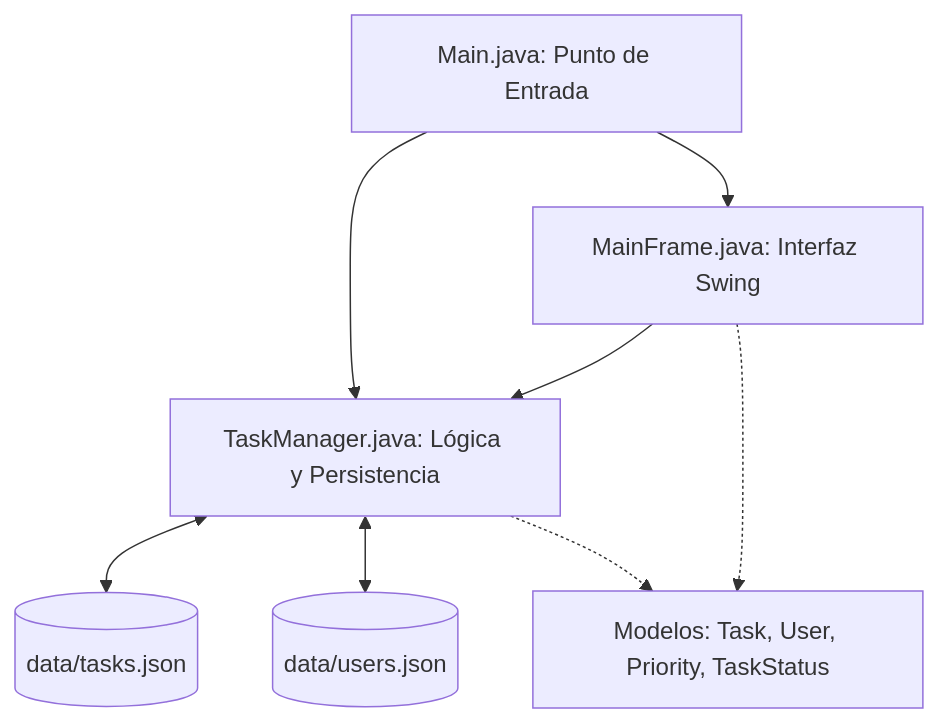
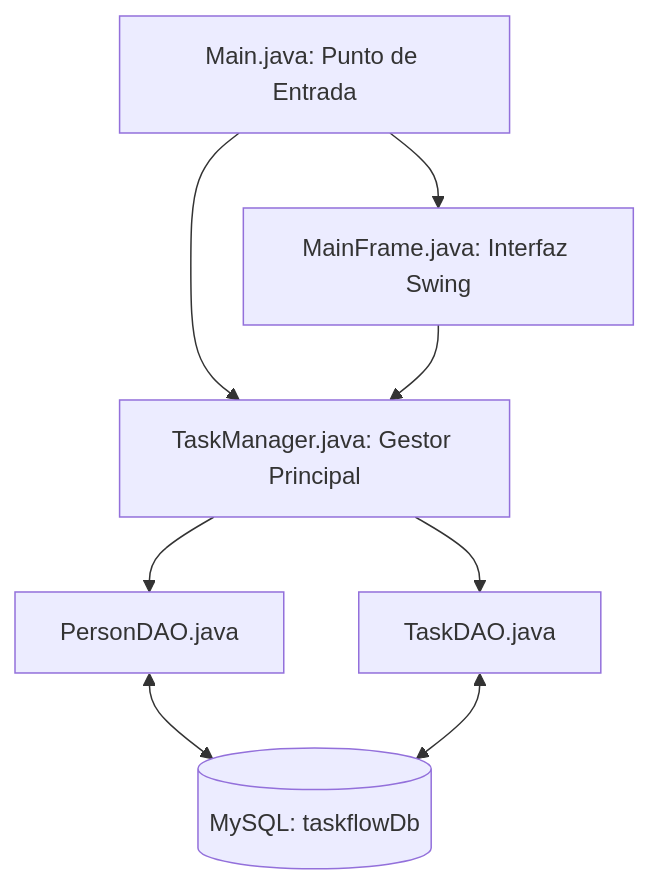
One commit to DMntill4/taskflow-refactor changed the diagram in README.md. Above: the diagram before and after it, drawn with Mermaid. The commit also changed other lines of this file, not shown here.

Commit message:
docs: 📝 update README.md with MySQL database architecture and Maven setup

````diff
--- a/README.md
+++ b/README.md
@@ -30,10 +40,10 @@
 ```mermaid
 graph TD
-    Main[Main.java: Punto de Entrada] --> TaskManager[TaskManager.java: Lógica y Persistencia]
+    Main[Main.java: Punto de Entrada] --> TaskManager[TaskManager.java: Gestor Principal]
     Main --> MainFrame[MainFrame.java: Interfaz Swing]
     MainFrame --> TaskManager
-    TaskManager <--> JSON_Tasks[(data/tasks.json)]
-    TaskManager <--> JSON_Users[(data/users.json)]
-    MainFrame -.-> Models[Modelos: Task, User, Priority, TaskStatus]
-    TaskManager -.-> Models
+    TaskManager --> PersonDAO[PersonDAO.java]
+    TaskManager --> TaskDAO[TaskDAO.java]
+    PersonDAO <--> MySQL[(MySQL: taskflowDb)]
+    TaskDAO <--> MySQL[(MySQL: taskflowDb)]
 ```
````
